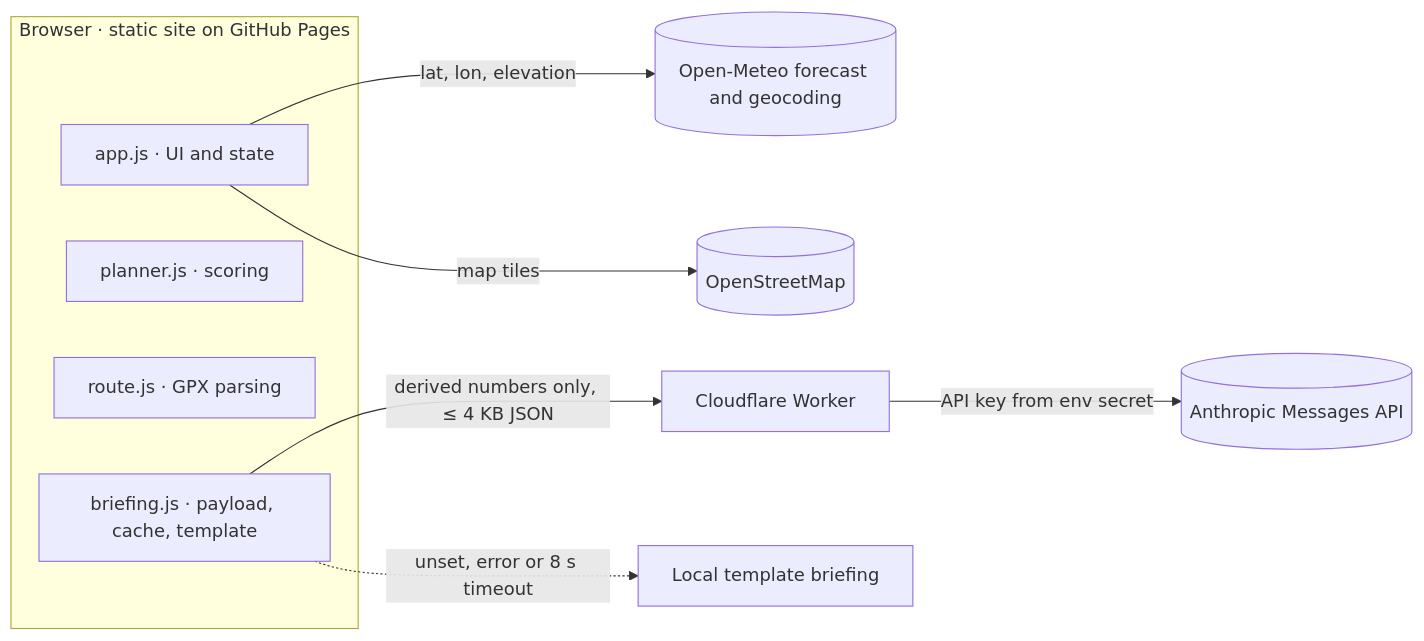
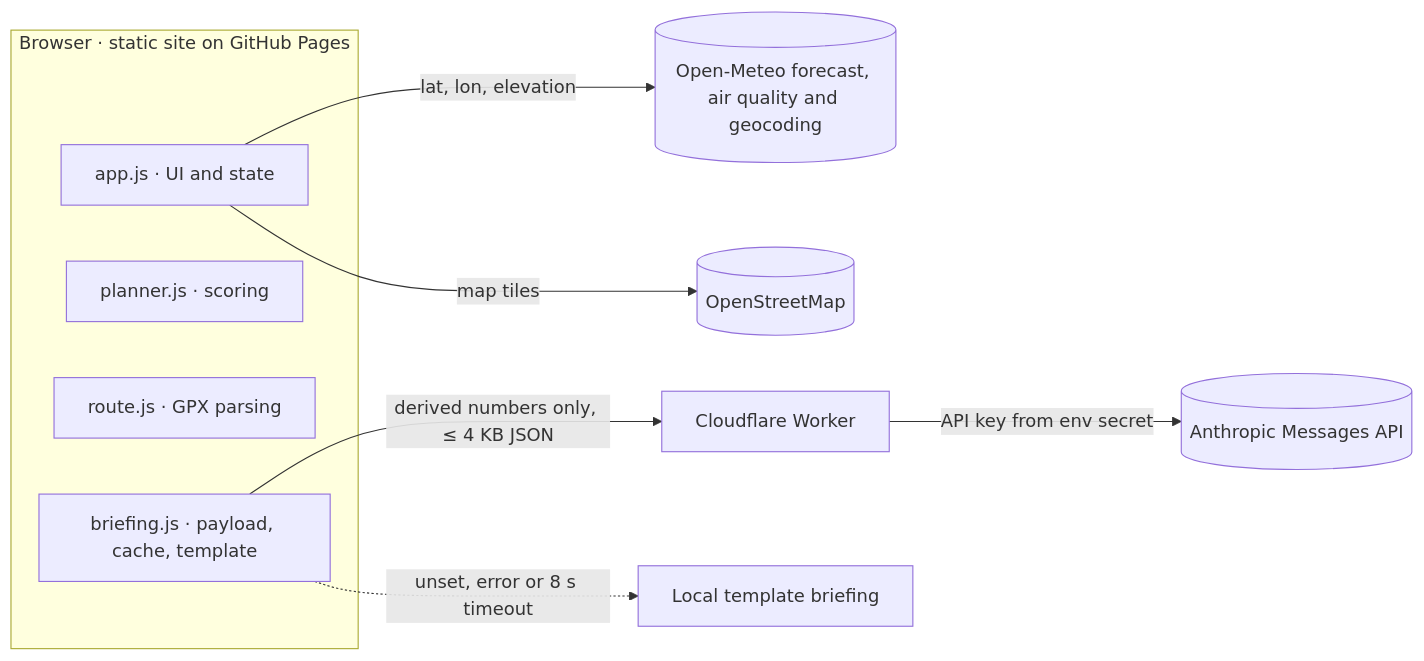
Before and after one commit to sanjeldarshan65-afk/trail-window: the diagram in README.md, drawn with Mermaid. The commit also changed other lines of this file and 8 other files, not shown here.

First line of the commit message:
Show air quality and point to the avalanche forecast

````diff
--- a/README.md
+++ b/README.md
@@ -55,14 +56,14 @@
 ```mermaid
 flowchart LR
   subgraph Browser["Browser · static site on GitHub Pages"]
     App["app.js · UI and state"]
     Planner["planner.js · scoring"]
     Route["route.js · GPX parsing"]
     Brief["briefing.js · payload, cache, template"]
   end
-  App -- "lat, lon, elevation" --> Meteo[("Open-Meteo forecast and geocoding")]
+  App -- "lat, lon, elevation" --> Meteo[("Open-Meteo forecast, air quality and geocoding")]
   App -- "map tiles" --> OSM[("OpenStreetMap")]
   Brief -- "derived numbers only, ≤ 4 KB JSON" --> Worker["Cloudflare Worker"]
   Worker -- "API key from env secret" --> Anthropic[("Anthropic Messages API")]
   Brief -. "unset, error or 8 s timeout" .-> Template["Local template briefing"]
 ```
````
